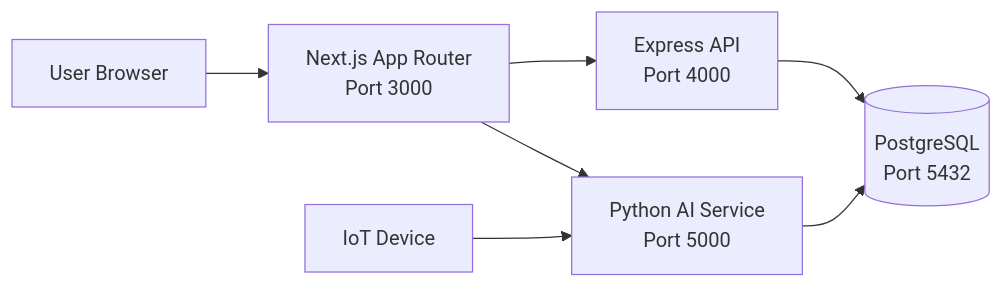
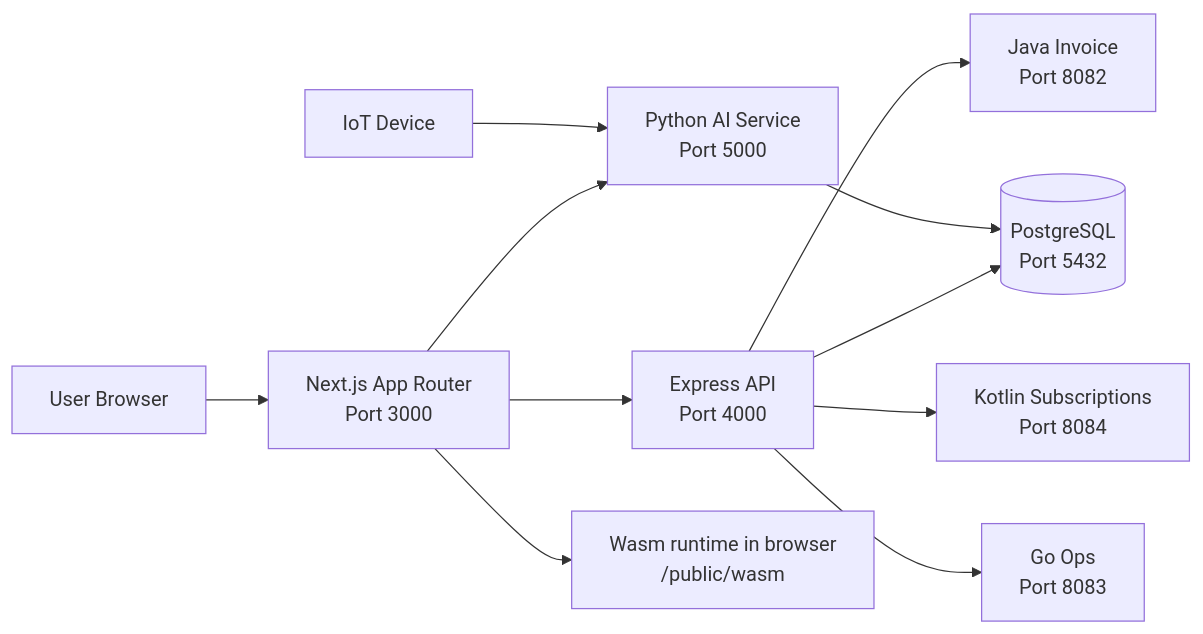
Before and after one commit to DarkShadow1107/filspresso_next: the first of 10 diagrams in README.md, drawn with Mermaid. The commit also changed other lines of this file and 22 other files, not shown here.

````diff
--- a/README.md
+++ b/README.md
@@ -131,9 +167,13 @@
 ```mermaid
 flowchart LR
     U[User Browser] --> N[Next.js App Router\nPort 3000]
     N --> E[Express API\nPort 4000]
     N --> P[Python AI Service\nPort 5000]
+    N --> W[Wasm runtime in browser\n/public/wasm]
     E --> D[(PostgreSQL\nPort 5432)]
+    E --> J[Java Invoice\nPort 8082]
+    E --> K[Kotlin Subscriptions\nPort 8084]
+    E --> G[Go Ops\nPort 8083]
     P --> D
     I[IoT Device] --> P
 ```
````
